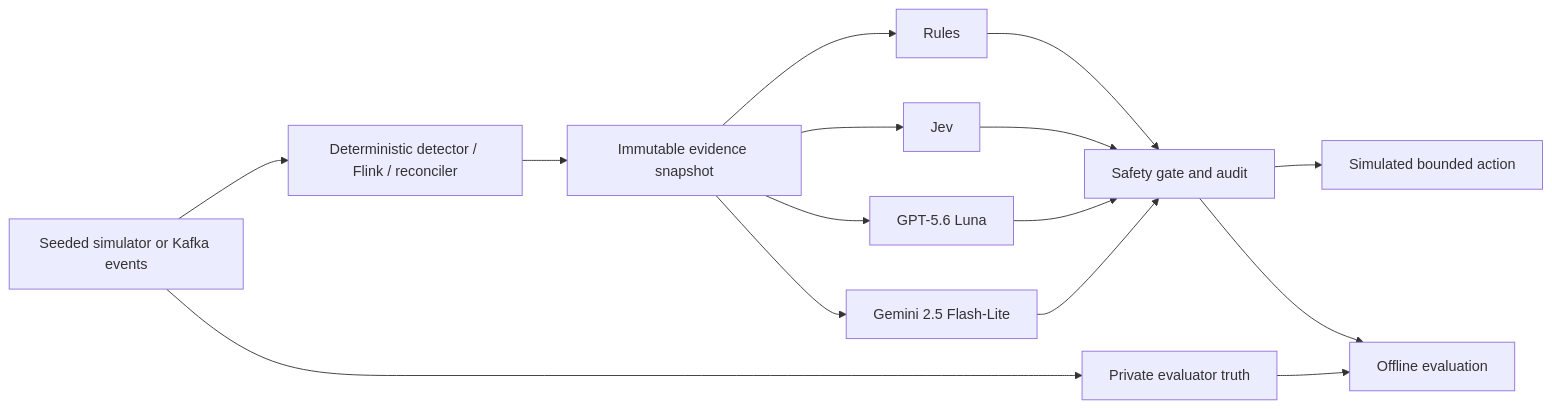
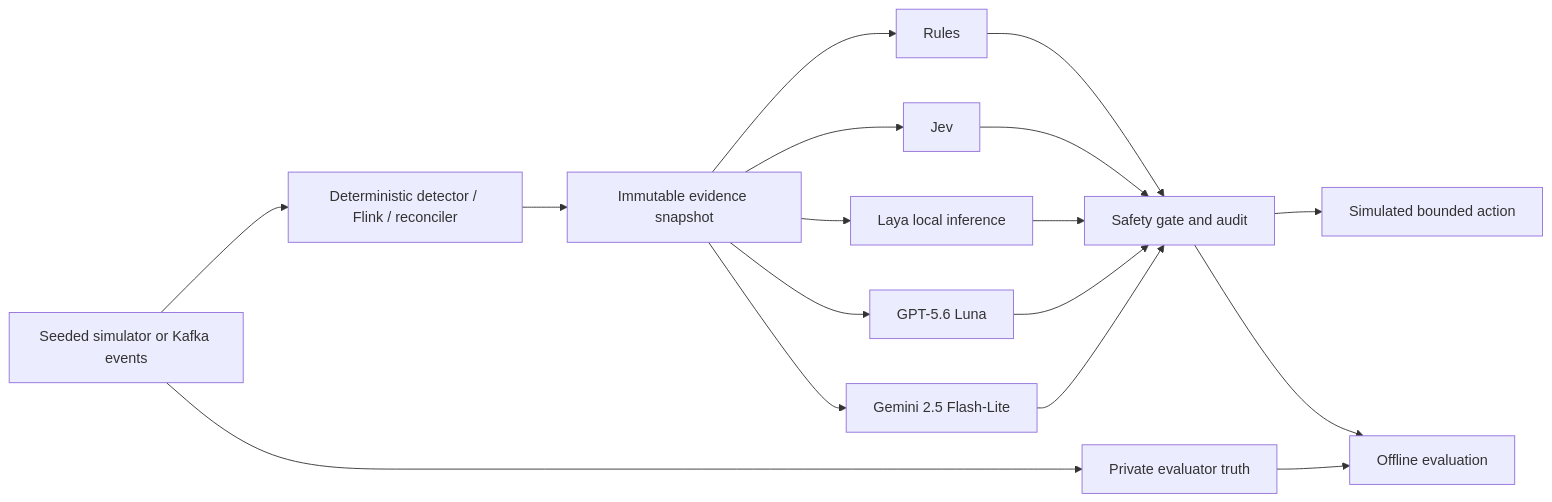
The diagram in docs/architecture.md (omerfeyzioglu/JevOps), drawn with Mermaid before and after one commit. The commit also changed other lines of this file and 15 other files, not shown here.

Commit message:
Add local Laya decision adapter

````diff
--- a/docs/architecture.md
+++ b/docs/architecture.md
@@ -5,17 +5,19 @@
 ```mermaid
 flowchart LR
     S[Seeded simulator or Kafka events] --> D[Deterministic detector / Flink / reconciler]
     D --> E[Immutable evidence snapshot]
     E --> R[Rules]
     E --> J[Jev]
+    E --> L[Laya local inference]
     E --> O[GPT-5.6 Luna]
     E --> M[Gemini 2.5 Flash-Lite]
     R --> G[Safety gate and audit]
     J --> G
+    L --> G
     O --> G
     M --> G
     G --> A[Simulated bounded action]
     S --> T[Private evaluator truth]
     T --> V[Offline evaluation]
     G --> V
 ```
````
